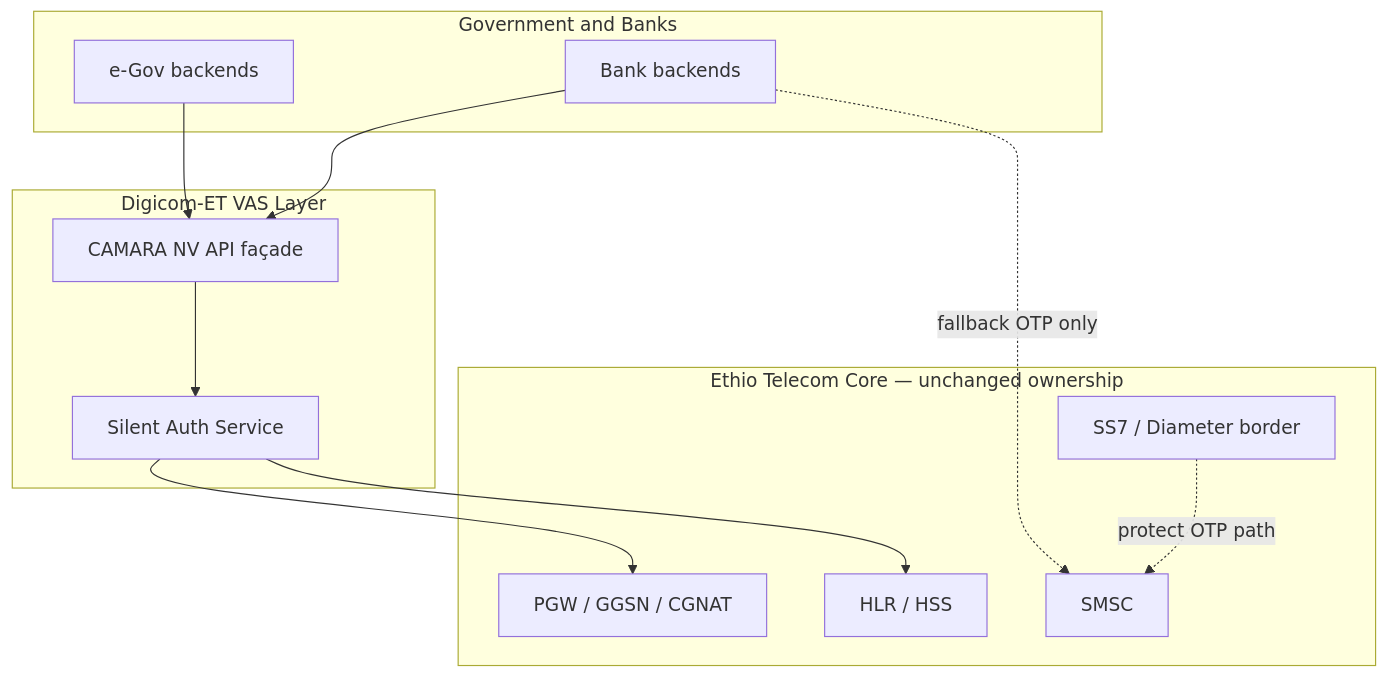
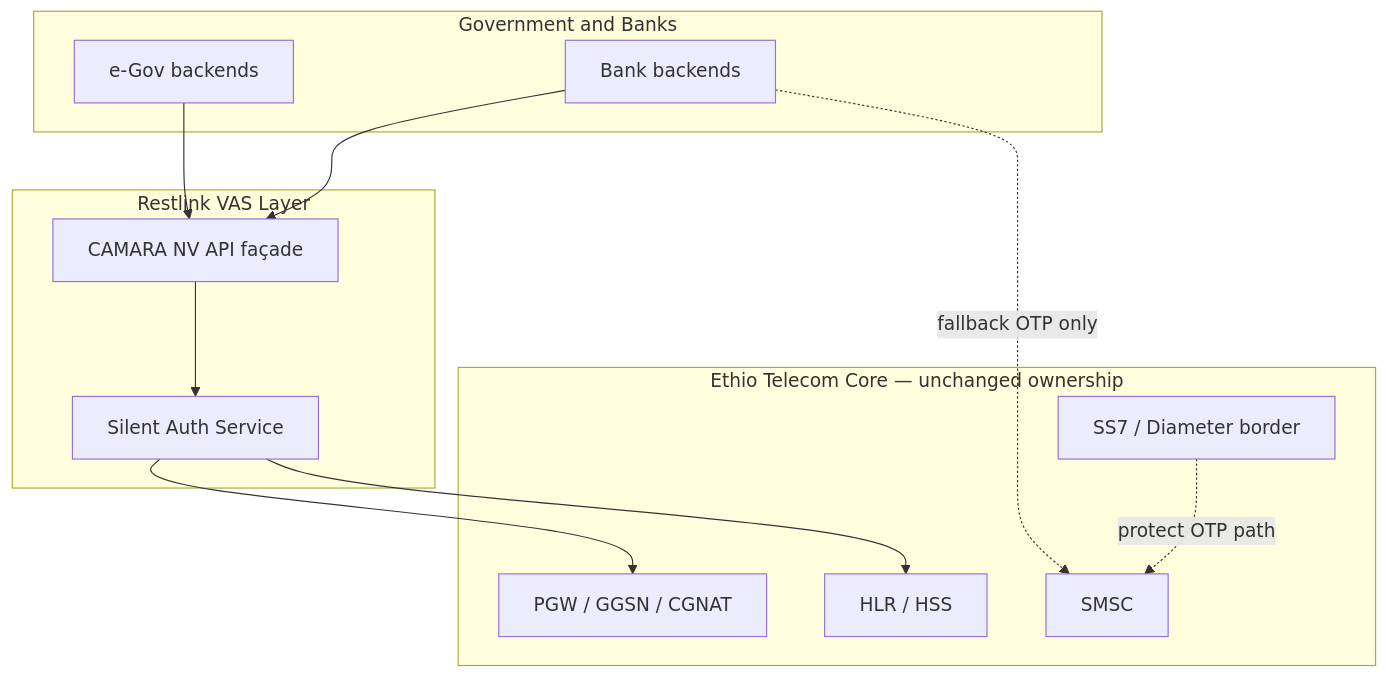
Before and after one commit to nhanth87/silent-authentication: the first of 2 diagrams in proposal/chapters/03_ethiopia_market.md, drawn with Mermaid. The commit also changed other lines of this file and 27 other files, not shown here.

````diff
--- a/proposal/chapters/03_ethiopia_market.md
+++ b/proposal/chapters/03_ethiopia_market.md
@@ -33,24 +33,24 @@
 ```mermaid
 flowchart TB
     subgraph integrators [Government and Banks]
         GOV[e-Gov backends]
         BANK[Bank backends]
     end
-    subgraph digicom [Digicom-ET VAS Layer]
+    subgraph restlink [Restlink VAS Layer]
         SAS[Silent Auth Service]
         API[CAMARA NV API façade]
     end
     subgraph ethio [Ethio Telecom Core — unchanged ownership]
         PGW[PGW / GGSN / CGNAT]
         HLR[HLR / HSS]
         SMSC[SMSC]
         SIG[SS7 / Diameter border]
     end
     GOV --> API
     BANK --> API
     API --> SAS
     SAS --> PGW
     SAS --> HLR
     BANK -.->|fallback OTP only| SMSC
     SIG -.->|protect OTP path| SMSC
 ```
````
